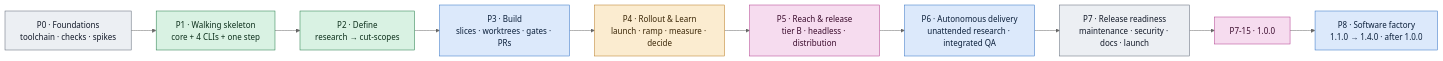
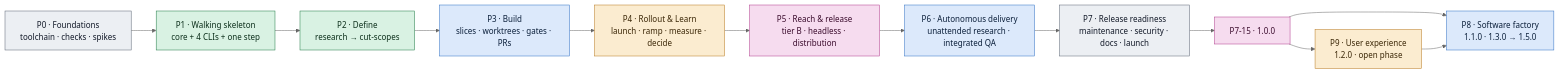
Before and after one commit to dreamingechoes/wholeloop: the diagram in roadmap/README.md, drawn with Mermaid (neutral theme). The commit also changed other lines of this file and 12 other files, not shown here.

First line of the commit message:
docs(roadmap): plan phase 9 for the 1.2.0 user experience

````diff
--- a/roadmap/README.md
+++ b/roadmap/README.md
@@ -21,17 +21,19 @@
 ```mermaid
 flowchart LR
   P0["P0 · Foundations<br/>toolchain · checks · spikes"]:::core --> P1["P1 · Walking skeleton<br/>core + 4 CLIs + one step"]:::define
   P1 --> P2["P2 · Define<br/>research → cut-scopes"]:::define
   P2 --> P3["P3 · Build<br/>slices · worktrees · gates · PRs"]:::build
   P3 --> P4["P4 · Rollout & Learn<br/>launch · ramp · measure · decide"]:::rollout
   P4 --> P5["P5 · Reach & release<br/>tier B · headless · distribution"]:::learn
   P5 --> P6["P6 · Autonomous delivery<br/>unattended research · integrated QA"]:::build
   P6 --> P7["P7 · Release readiness<br/>maintenance · security · docs · launch"]:::core
   P7 --> V1["P7-15 · 1.0.0"]:::learn
-  V1 --> P8["P8 · Software factory<br/>1.1.0 → 1.4.0 · after 1.0.0"]:::build
+  V1 --> P8["P8 · Software factory<br/>1.1.0 · 1.3.0 → 1.5.0"]:::build
+  V1 --> P9["P9 · User experience<br/>1.2.0 · open phase"]:::rollout
+  P9 --> P8
   classDef core fill:#eceff3,stroke:#5b6573,color:#111827;
   classDef define fill:#d9f2e3,stroke:#1f7a45,color:#0b2e1a;
   classDef build fill:#dce9fb,stroke:#2f6fc4,color:#0b1f3a;
   classDef rollout fill:#fbecd0,stroke:#b7791f,color:#3a2606;
   classDef learn fill:#f6dcef,stroke:#b03a8c,color:#3a0b2c;
 ```
````
